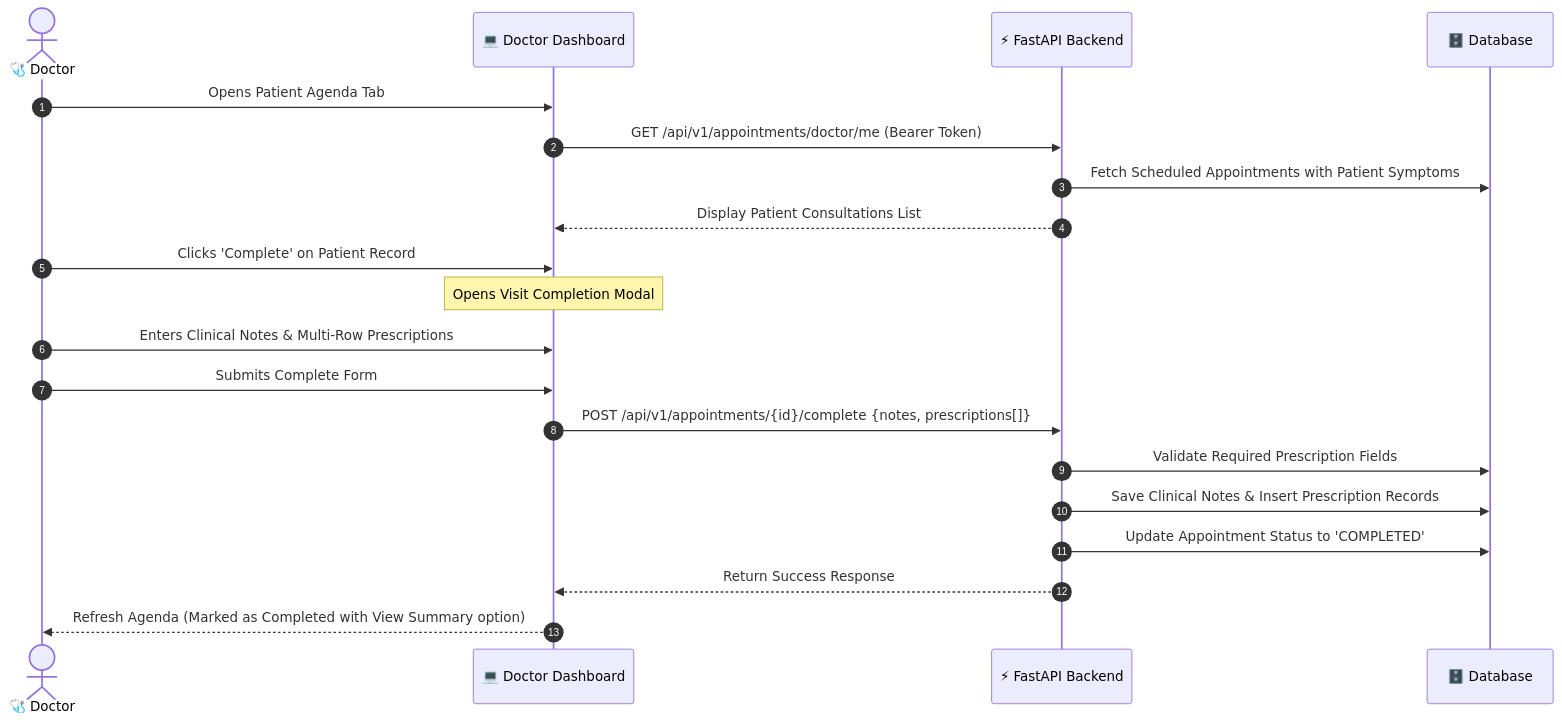
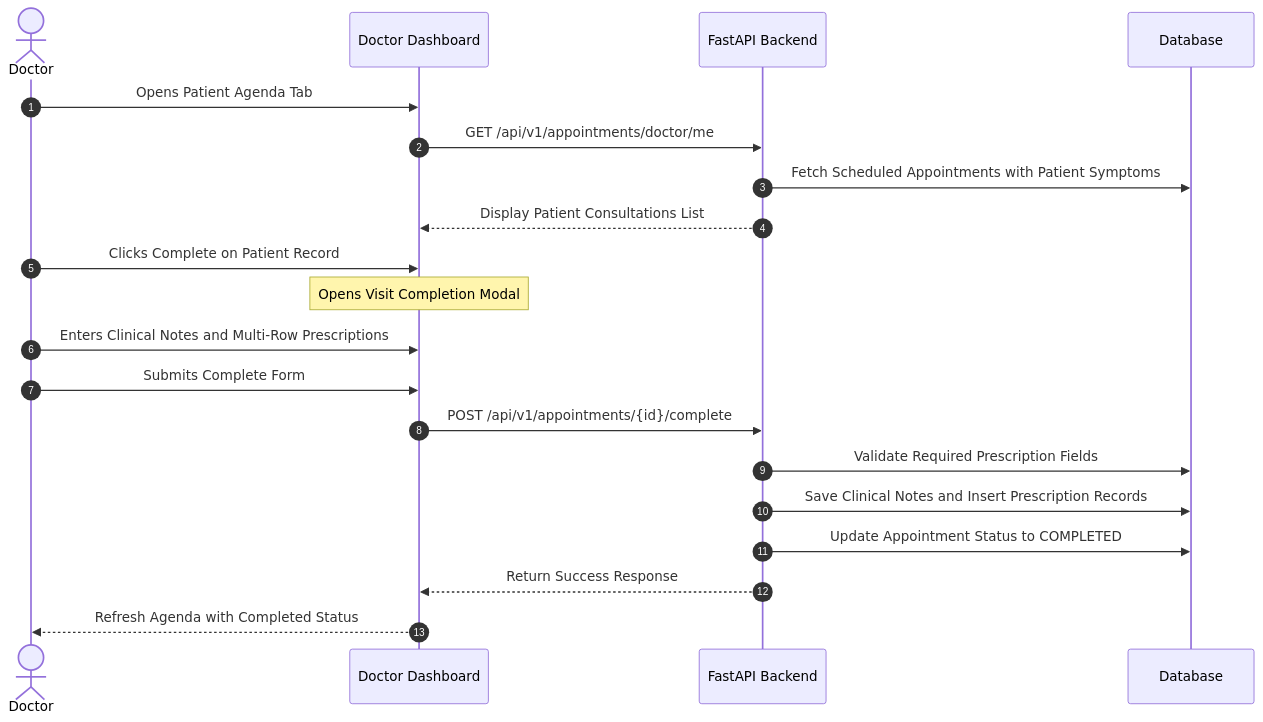
Before and after one commit to RITESH17-2004/Unthinkable-Assignment: the third of 3 diagrams in README.md, drawn with Mermaid. The commit also changed other lines of this file and 4 other files, not shown here.

````diff
--- a/README.md
+++ b/README.md
@@ -188,25 +204,25 @@
 ```mermaid
 sequenceDiagram
     autonumber
-    actor Doctor as 🩺 Doctor
-    participant Web as 💻 Doctor Dashboard
-    participant API as ⚡ FastAPI Backend
-    participant DB as 🗄️ Database
+    actor Doctor as Doctor
+    participant Web as Doctor Dashboard
+    participant API as FastAPI Backend
+    participant DB as Database
 
     Doctor->>Web: Opens Patient Agenda Tab
-    Web->>API: GET /api/v1/appointments/doctor/me (Bearer Token)
+    Web->>API: GET /api/v1/appointments/doctor/me
     API->>DB: Fetch Scheduled Appointments with Patient Symptoms
     API-->>Web: Display Patient Consultations List
     
-    Doctor->>Web: Clicks 'Complete' on Patient Record
+    Doctor->>Web: Clicks Complete on Patient Record
     Note over Web: Opens Visit Completion Modal
-    Doctor->>Web: Enters Clinical Notes & Multi-Row Prescriptions
+    Doctor->>Web: Enters Clinical Notes and Multi-Row Prescriptions
     Doctor->>Web: Submits Complete Form
     
-    Web->>API: POST /api/v1/appointments/{id}/complete {notes, prescriptions[]}
+    Web->>API: POST /api/v1/appointments/{id}/complete
     API->>DB: Validate Required Prescription Fields
-    API->>DB: Save Clinical Notes & Insert Prescription Records
-    API->>DB: Update Appointment Status to 'COMPLETED'
+    API->>DB: Save Clinical Notes and Insert Prescription Records
+    API->>DB: Update Appointment Status to COMPLETED
     API-->>Web: Return Success Response
-    Web-->>Doctor: Refresh Agenda (Marked as Completed with View Summary option)
+    Web-->>Doctor: Refresh Agenda with Completed Status
 ```
````
